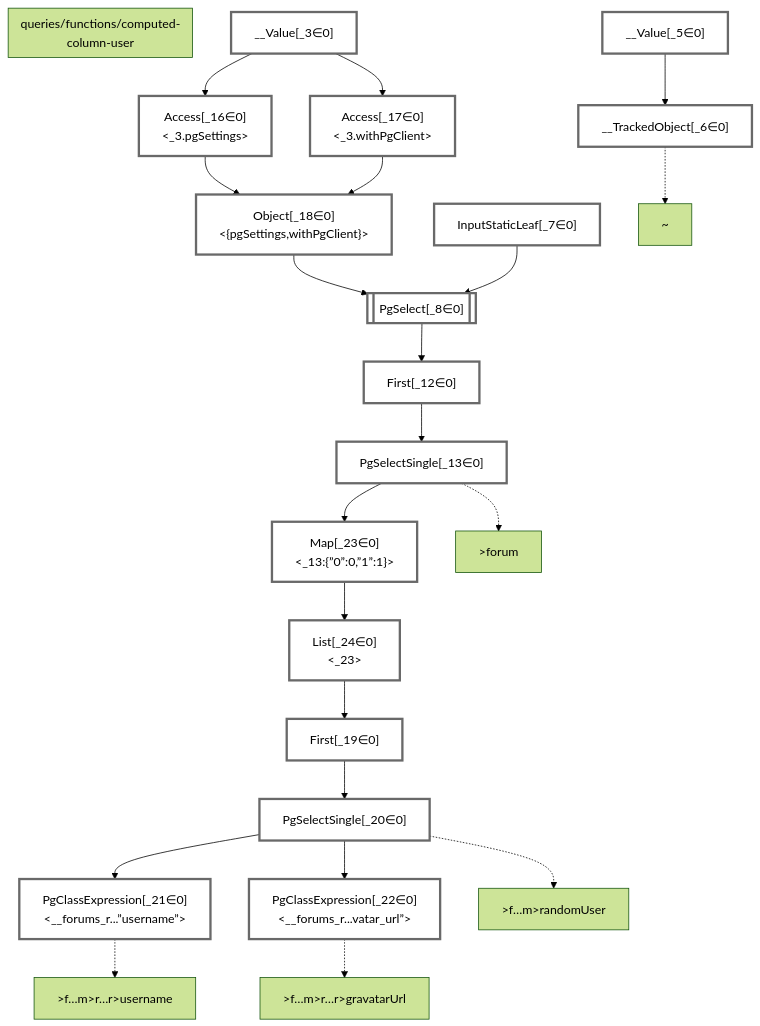
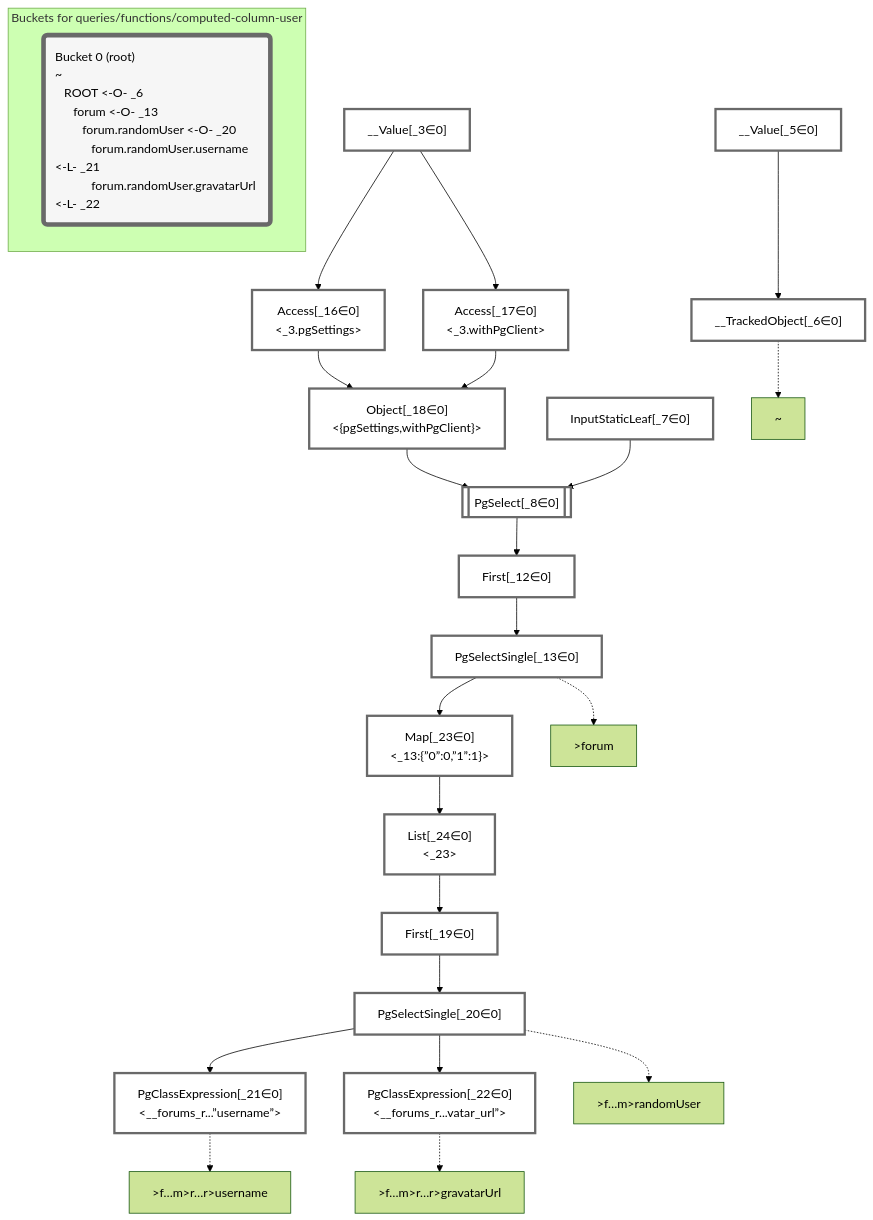
Before and after one commit to graphile/crystal: the diagram in packages/dataplan-pg/__tests__/queries/functions/computed-column-user.mermaid.md, drawn with Mermaid (forest theme). The commit also changed 37 other files, not shown here.

````diff
--- a/packages/dataplan-pg/__tests__/queries/functions/computed-column-user.mermaid.md
+++ b/packages/dataplan-pg/__tests__/queries/functions/computed-column-user.mermaid.md
@@ -1,62 +1,65 @@
 ```mermaid
 graph TD
-    subgraph "queries/functions/computed-column-user"
-    end
     classDef path fill:#eee,stroke:#000,color:#000
     classDef plan fill:#fff,stroke-width:3px,color:#000
     classDef itemplan fill:#fff,stroke-width:6px,color:#000
     classDef sideeffectplan fill:#f00,stroke-width:6px,color:#000
     classDef bucket fill:#f6f6f6,color:#000,stroke-width:6px,text-align:left
 
 
     %% define plans
     __Value_3["__Value[_3∈0]<br /><context>"]:::plan
     __Value_5["__Value[_5∈0]<br /><rootValue>"]:::plan
     __TrackedObject_6["__TrackedObject[_6∈0]"]:::plan
     InputStaticLeaf_7["InputStaticLeaf[_7∈0]"]:::plan
     PgSelect_8[["PgSelect[_8∈0]<br /><forums>"]]:::plan
     First_12["First[_12∈0]"]:::plan
     PgSelectSingle_13["PgSelectSingle[_13∈0]<br /><forums>"]:::plan
     Access_16["Access[_16∈0]<br /><_3.pgSettings>"]:::plan
     Access_17["Access[_17∈0]<br /><_3.withPgClient>"]:::plan
     Object_18["Object[_18∈0]<br /><{pgSettings,withPgClient}>"]:::plan
     First_19["First[_19∈0]"]:::plan
     PgSelectSingle_20["PgSelectSingle[_20∈0]<br /><users>"]:::plan
     PgClassExpression_21["PgClassExpression[_21∈0]<br /><__forums_r...”username”>"]:::plan
     PgClassExpression_22["PgClassExpression[_22∈0]<br /><__forums_r...vatar_url”>"]:::plan
     Map_23["Map[_23∈0]<br /><_13:{”0”:0,”1”:1}>"]:::plan
     List_24["List[_24∈0]<br /><_23>"]:::plan
 
     %% plan dependencies
     __Value_5 --> __TrackedObject_6
     Object_18 --> PgSelect_8
     InputStaticLeaf_7 --> PgSelect_8
     PgSelect_8 --> First_12
     First_12 --> PgSelectSingle_13
     __Value_3 --> Access_16
     __Value_3 --> Access_17
     Access_16 --> Object_18
     Access_17 --> Object_18
     List_24 --> First_19
     First_19 --> PgSelectSingle_20
     PgSelectSingle_20 --> PgClassExpression_21
     PgSelectSingle_20 --> PgClassExpression_22
     PgSelectSingle_13 --> Map_23
     Map_23 --> List_24
 
     %% plan-to-path relationships
     P_6["~"]
     __TrackedObject_6 -.-> P_6
     P_13[">forum"]
     PgSelectSingle_13 -.-> P_13
     P_20[">f…m>randomUser"]
     PgSelectSingle_20 -.-> P_20
     P_21[">f…m>r…r>username"]
     PgClassExpression_21 -.-> P_21
     P_22[">f…m>r…r>gravatarUrl"]
     PgClassExpression_22 -.-> P_22
 
     %% allocate buckets
     classDef bucket0 stroke:#696969
     class __Value_3,__Value_5,__TrackedObject_6,InputStaticLeaf_7,PgSelect_8,First_12,PgSelectSingle_13,Access_16,Access_17,Object_18,First_19,PgSelectSingle_20,PgClassExpression_21,PgClassExpression_22,Map_23,List_24 bucket0
+
+    subgraph "Buckets for queries/functions/computed-column-user"
+    Bucket0("Bucket 0 (root)<br />~<br />⠀ROOT <-O- _6<br />⠀⠀forum <-O- _13<br />⠀⠀⠀forum.randomUser <-O- _20<br />⠀⠀⠀⠀forum.randomUser.username <-L- _21<br />⠀⠀⠀⠀forum.randomUser.gravatarUrl <-L- _22"):::bucket
+    style Bucket0 stroke:#696969
+    end
 ```
````
